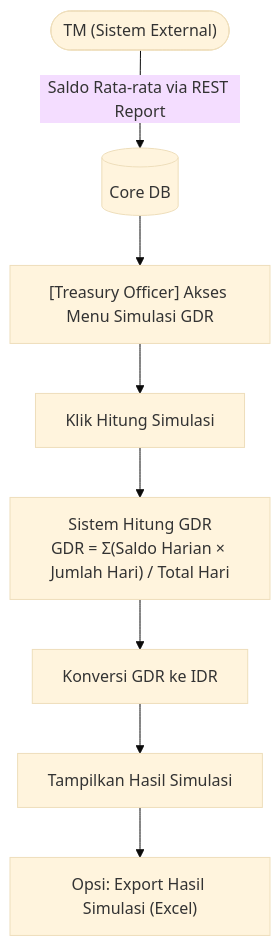
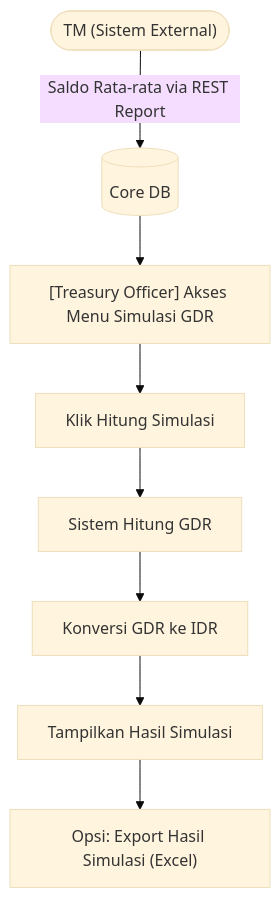
Before and after one commit to wisnu/ibank-docs: the eighth of 9 diagrams in docs/bcas/saku_valas/fsd_sakuvalas.md, drawn with Mermaid (base theme). The commit also changed other lines of this file, not shown here.

Commit message:
docs: refine GDR simulation process description and update output details in FSD Saku Valas

````diff
--- a/docs/bcas/saku_valas/fsd_sakuvalas.md
+++ b/docs/bcas/saku_valas/fsd_sakuvalas.md
@@ -611,10 +611,10 @@
 ```mermaid
 flowchart TD
     TM1(["TM (Sistem External)"]) -->|"Saldo Rata-rata via REST Report"| DB[("Core DB")]
     DB --> A["[Treasury Officer] Akses Menu Simulasi GDR"]
     A --> B["Klik Hitung Simulasi"]
-    B --> C["Sistem Hitung GDR\nGDR = Σ(Saldo Harian × Jumlah Hari) / Total Hari"]
+    B --> C["Sistem Hitung GDR"]
     C --> D["Konversi GDR ke IDR"]
     D --> E["Tampilkan Hasil Simulasi"]
     E --> F["Opsi: Export Hasil Simulasi (Excel)"]
 ```
````
